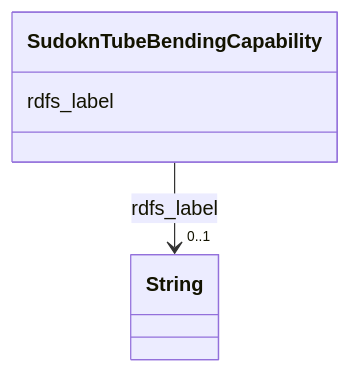
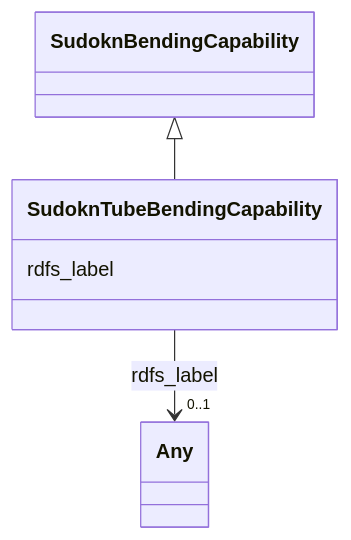
One commit to frink-okn/graph-descriptions changed the diagram in sudokn-kg/classes/SudoknTubeBendingCapability.md. Above: the diagram before and after it, drawn with Mermaid. The commit also changed other lines of this file and 903 other files, not shown here.

````diff
--- a/sudokn-kg/classes/SudoknTubeBendingCapability.md
+++ b/sudokn-kg/classes/SudoknTubeBendingCapability.md
@@ -23,15 +18,18 @@
 ```mermaid
  classDiagram
     class SudoknTubeBendingCapability
     click SudoknTubeBendingCapability href "../SudoknTubeBendingCapability"
+      SudoknBendingCapability <|-- SudoknTubeBendingCapability
+        click SudoknBendingCapability href "../SudoknBendingCapability"
+      
       SudoknTubeBendingCapability : rdfs_label
         
           
     
     
-    SudoknTubeBendingCapability --> "0..1" String : rdfs_label
-    click String href "../String"
+    SudoknTubeBendingCapability --> "0..1" Any : rdfs_label
+    click Any href "../Any"
 
         
       
 ```
````
